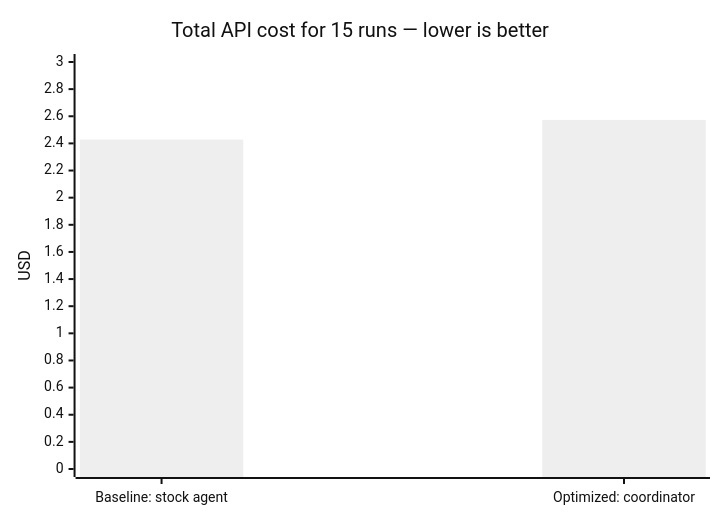
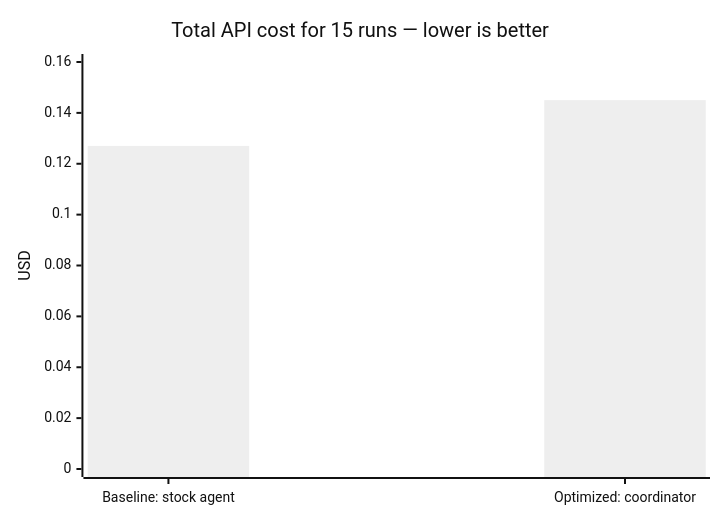
Before and after one commit to GabrielAlmeidaFlores/OPENCODE-TOOL-ENHANCER: the first of 4 diagrams in docs/benchmarks/results-deepseek-flash.md, drawn with Mermaid (neutral theme). The commit also changed other lines of this file and 72 other files, not shown here.

````diff
--- a/docs/benchmarks/results-deepseek-flash.md
+++ b/docs/benchmarks/results-deepseek-flash.md
@@ -53,7 +65,7 @@
 ```mermaid
 xychart-beta
     title "Total API cost for 15 runs — lower is better"
     x-axis ["Baseline: stock agent", "Optimized: coordinator"]
-    y-axis "USD" 0 --> 3.0
-    bar [2.428, 2.573]
+    y-axis "USD" 0 --> 0.16
+    bar [0.127, 0.145]
 ```
````
